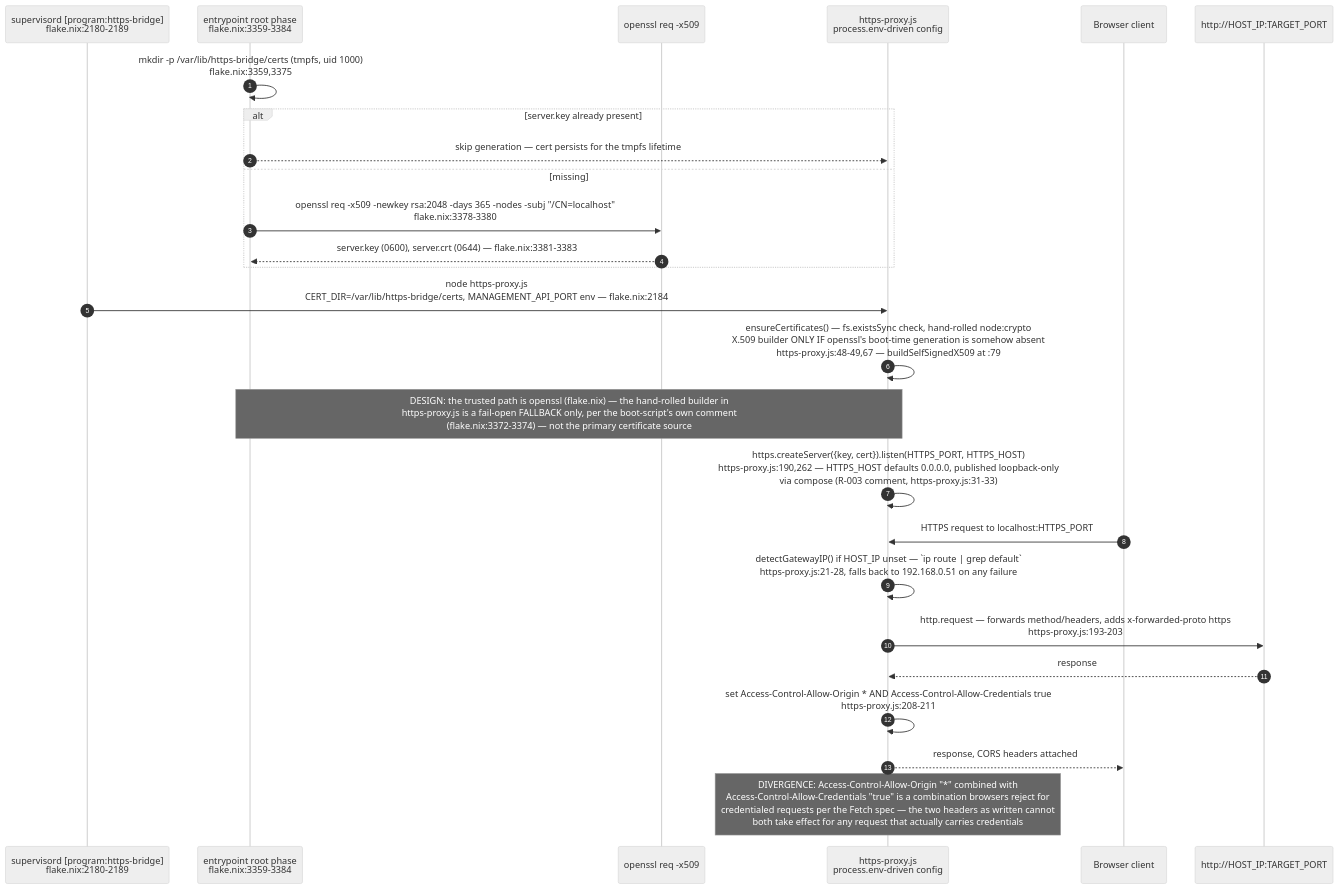
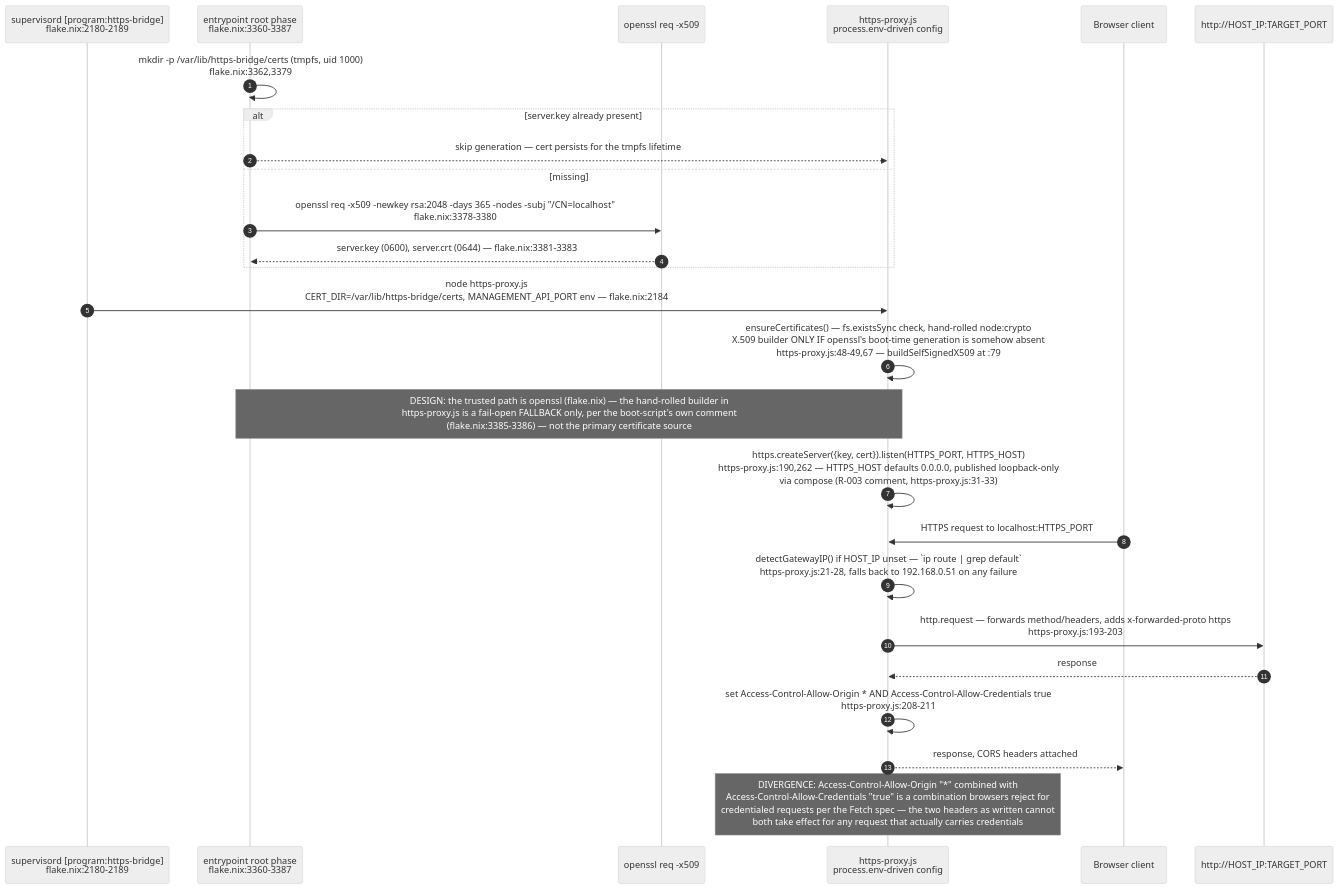
One commit to DreamLab-AI/VisionFlow changed the fourth of 5 diagrams in docs/diagrams/agentbox/30-supporting-services-secret-backup-setup-https-bridge.md. Above: the diagram before and after it, drawn with Mermaid (neutral theme). The commit also changed other lines of this file and 52 other files, not shown here.

First line of the commit message:
docs(diagrams): wave 3 checkpoint — bare line refs resolved, revision-pinned cite-check, VC-05/AB-01..13 re-attested

````diff
--- a/docs/diagrams/agentbox/30-supporting-services-secret-backup-setup-https-bridge.md
+++ b/docs/diagrams/agentbox/30-supporting-services-secret-backup-setup-https-bridge.md
@@ -121,29 +121,29 @@
 ```mermaid
 sequenceDiagram
     autonumber
     participant SUP as supervisord [program:https-bridge]<br/>flake.nix:2180-2189
-    participant BOOT as entrypoint root phase<br/>flake.nix:3359-3384
+    participant BOOT as entrypoint root phase<br/>flake.nix:3360-3387
     participant OSSL as openssl req -x509
     participant NODE as https-proxy.js<br/>process.env-driven config
     participant BROWSER as Browser client
     participant TARGET as http://HOST_IP:TARGET_PORT
 
-    BOOT->>BOOT: mkdir -p /var/lib/https-bridge/certs (tmpfs, uid 1000)<br/>flake.nix:3359,3375
+    BOOT->>BOOT: mkdir -p /var/lib/https-bridge/certs (tmpfs, uid 1000)<br/>flake.nix:3362,3379
     alt server.key already present
         BOOT-->>NODE: skip generation — cert persists for the tmpfs lifetime
     else missing
         BOOT->>OSSL: openssl req -x509 -newkey rsa:2048 -days 365 -nodes -subj "/CN=localhost"<br/>flake.nix:3378-3380
         OSSL-->>BOOT: server.key #40;0600#41;, server.crt #40;0644#41; — flake.nix:3381-3383
     end
     SUP->>NODE: node https-proxy.js<br/>CERT_DIR=/var/lib/https-bridge/certs, MANAGEMENT_API_PORT env — flake.nix:2184
     NODE->>NODE: ensureCertificates#40;#41; — fs.existsSync check, hand-rolled node:crypto<br/>X.509 builder ONLY IF openssl's boot-time generation is somehow absent<br/>https-proxy.js:48-49,67 — buildSelfSignedX509 at :79
-    Note over BOOT,NODE: DESIGN: the trusted path is openssl #40;flake.nix#41; — the hand-rolled builder in<br/>https-proxy.js is a fail-open FALLBACK only, per the boot-script's own comment<br/>#40;flake.nix:3372-3374#41; — not the primary certificate source
+    Note over BOOT,NODE: DESIGN: the trusted path is openssl #40;flake.nix#41; — the hand-rolled builder in<br/>https-proxy.js is a fail-open FALLBACK only, per the boot-script's own comment<br/>#40;flake.nix:3385-3386#41; — not the primary certificate source
     NODE->>NODE: https.createServer#40;{key, cert}#41;.listen#40;HTTPS_PORT, HTTPS_HOST#41;<br/>https-proxy.js:190,262 — HTTPS_HOST defaults 0.0.0.0, published loopback-only<br/>via compose #40;R-003 comment, https-proxy.js:31-33#41;
     BROWSER->>NODE: HTTPS request to localhost:HTTPS_PORT
     NODE->>NODE: detectGatewayIP#40;#41; if HOST_IP unset — `ip route | grep default`<br/>https-proxy.js:21-28, falls back to 192.168.0.51 on any failure
     NODE->>TARGET: http.request — forwards method/headers, adds x-forwarded-proto https<br/>https-proxy.js:193-203
     TARGET-->>NODE: response
     NODE->>NODE: set Access-Control-Allow-Origin * AND Access-Control-Allow-Credentials true<br/>https-proxy.js:208-211
     NODE-->>BROWSER: response, CORS headers attached
     Note over NODE: DIVERGENCE: Access-Control-Allow-Origin "*" combined with<br/>Access-Control-Allow-Credentials "true" is a combination browsers reject for<br/>credentialed requests per the Fetch spec — the two headers as written cannot<br/>both take effect for any request that actually carries credentials
 ```
````
